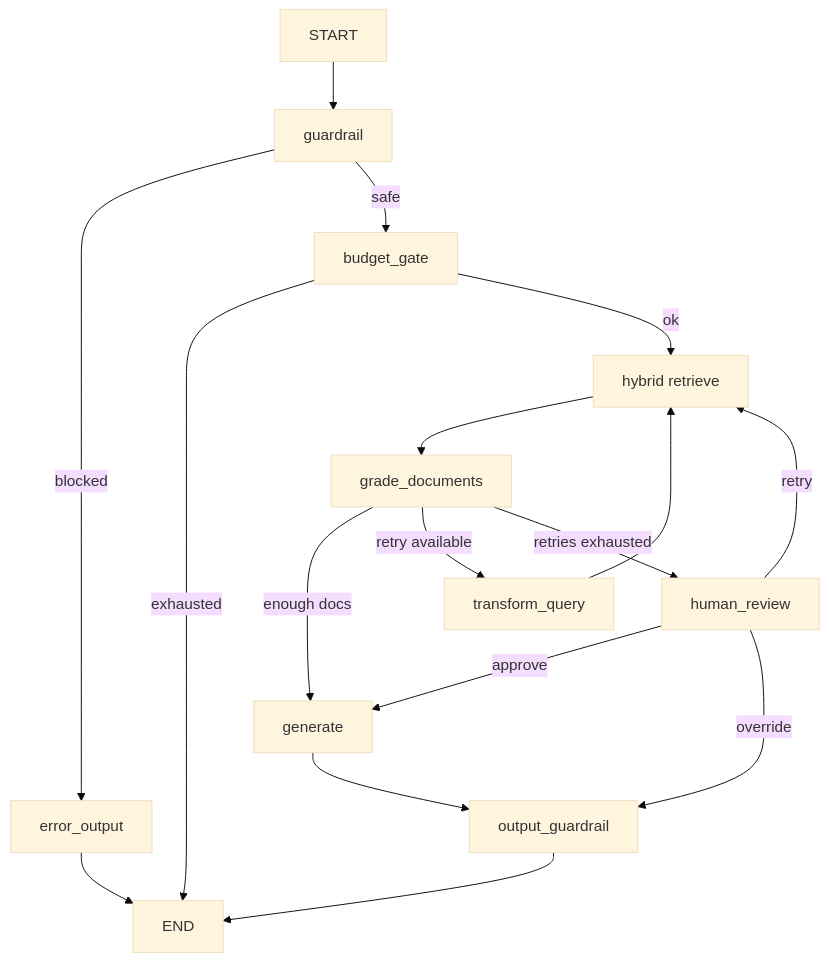
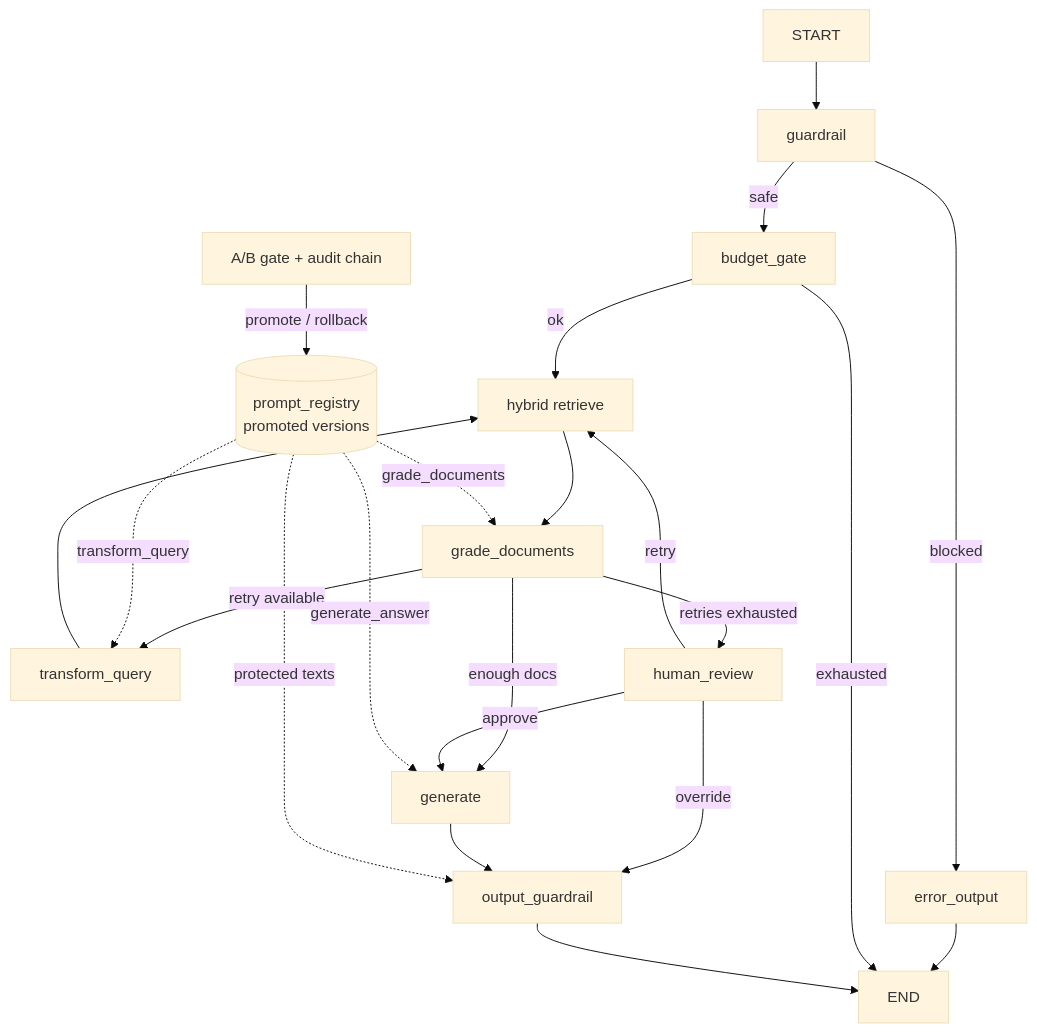
Before and after one commit to kanderson-ai-dev/agentic-rag-system: the diagram in README.md, drawn with Mermaid (base theme). The commit also changed other lines of this file and 1 other file, not shown here.

Commit message:
docs: show the prompt registry in the architecture diagram

````diff
--- a/README.md
+++ b/README.md
@@ -275,16 +275,23 @@
 ```mermaid
 graph TD
     START[START] --> guardrail[guardrail]
     guardrail -- blocked --> error_output[error_output] --> END[END]
     guardrail -- safe --> budget_gate[budget_gate]
     budget_gate -- exhausted --> END
     budget_gate -- ok --> retrieve[hybrid retrieve]
     retrieve --> grade[grade_documents]
     grade -- enough docs --> generate[generate]
     grade -- retry available --> transform[transform_query] --> retrieve
     grade -- retries exhausted --> review[human_review]
     review -- approve --> generate
     review -- retry --> retrieve
     review -- override --> output_guardrail[output_guardrail]
     generate --> output_guardrail --> END
+
+    registry[(prompt_registry<br/>promoted versions)]
+    registry -. grade_documents .-> grade
+    registry -. generate_answer .-> generate
+    registry -. transform_query .-> transform
+    registry -. protected texts .-> output_guardrail
+    ab[A/B gate + audit chain] -- promote / rollback --> registry
 ```
````
